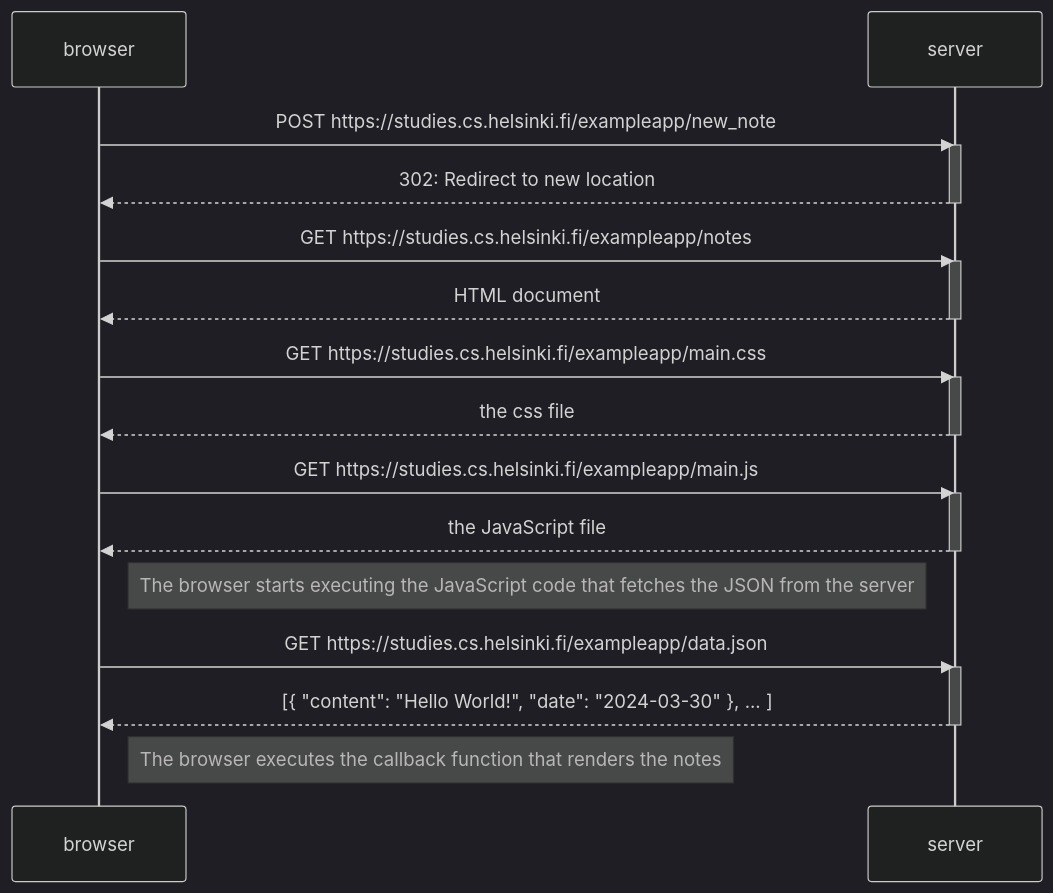
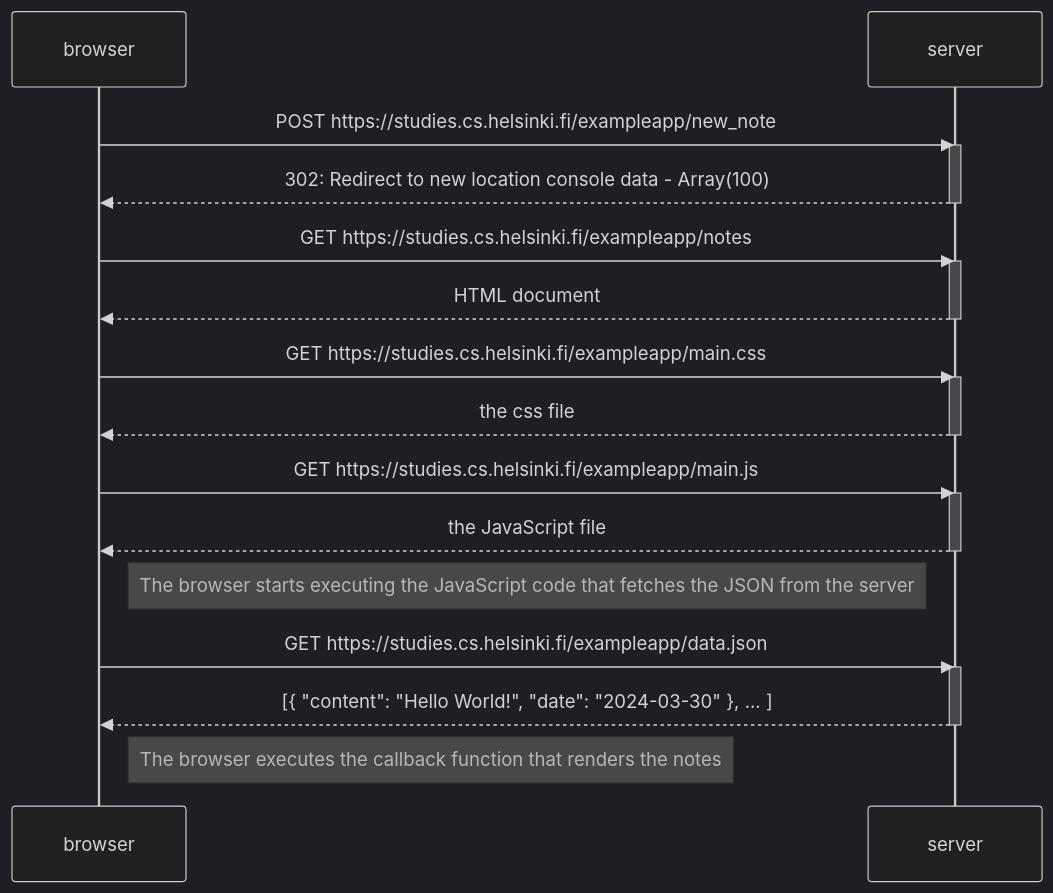
Before and after one commit to adnanprojects/fullstackopen: the diagram in part0/New note diagram/diagram.mmd, drawn with Mermaid (dark theme).

Commit message:
update diagram

```diff
--- a/part0/New note diagram/diagram.mmd
+++ b/part0/New note diagram/diagram.mmd
@@ -1,33 +1,33 @@
 
 sequenceDiagram
     participant browser
     participant server
 
     browser->>server: POST https://studies.cs.helsinki.fi/exampleapp/new_note
     activate server
-    server-->>browser: 302: Redirect to new location
+    server-->>browser: 302: Redirect to new location console data - Array(100)
     deactivate server
 
     browser->>server: GET https://studies.cs.helsinki.fi/exampleapp/notes
     activate server
     server-->>browser: HTML document
     deactivate server
 
     browser->>server: GET https://studies.cs.helsinki.fi/exampleapp/main.css
     activate server
     server-->>browser: the css file
     deactivate server
 
     browser->>server: GET https://studies.cs.helsinki.fi/exampleapp/main.js
     activate server
     server-->>browser: the JavaScript file
     deactivate server
 
     Note right of browser: The browser starts executing the JavaScript code that fetches the JSON from the server
 
     browser->>server: GET https://studies.cs.helsinki.fi/exampleapp/data.json
     activate server
     server-->>browser: [{ "content": "Hello World!", "date": "2024-03-30" }, ... ]
     deactivate server
 
     Note right of browser: The browser executes the callback function that renders the notes
```
